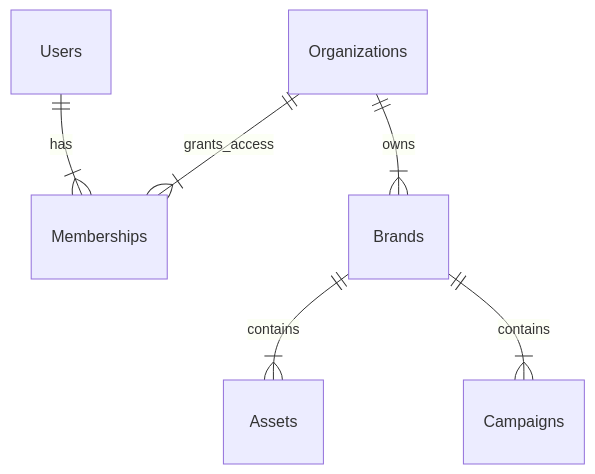
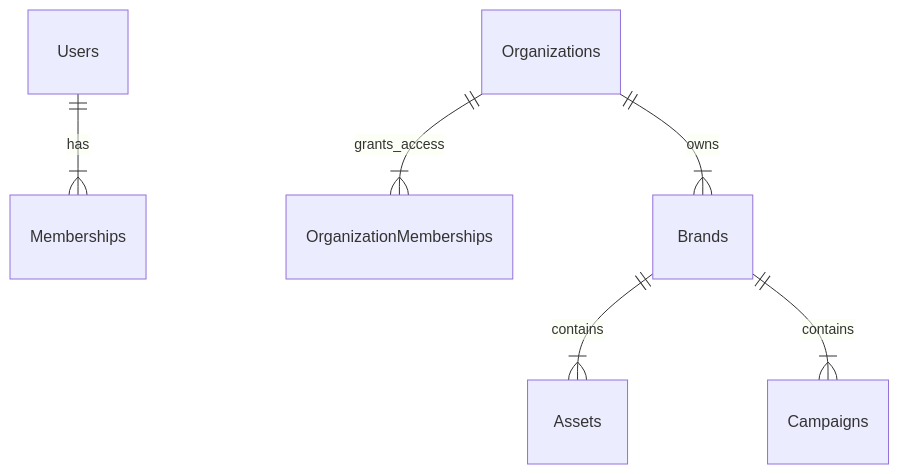
One commit to minoveaz/loopdev changed the diagram in docs/03-platform/MULTI_TENANCY_STRATEGY.md. Above: the diagram before and after it, drawn with Mermaid. The commit also changed other lines of this file and 101 other files, not shown here.

````diff
--- a/docs/03-platform/MULTI_TENANCY_STRATEGY.md
+++ b/docs/03-platform/MULTI_TENANCY_STRATEGY.md
@@ -35,8 +38,8 @@
 ```mermaid
 erDiagram
     Users ||--|{ Memberships : has
-    Organizations ||--|{ Memberships : grants_access
+    Organizations ||--|{ OrganizationMemberships : grants_access
     Organizations ||--|{ Brands : owns
     Brands ||--|{ Assets : contains
     Brands ||--|{ Campaigns : contains
 ```
````
